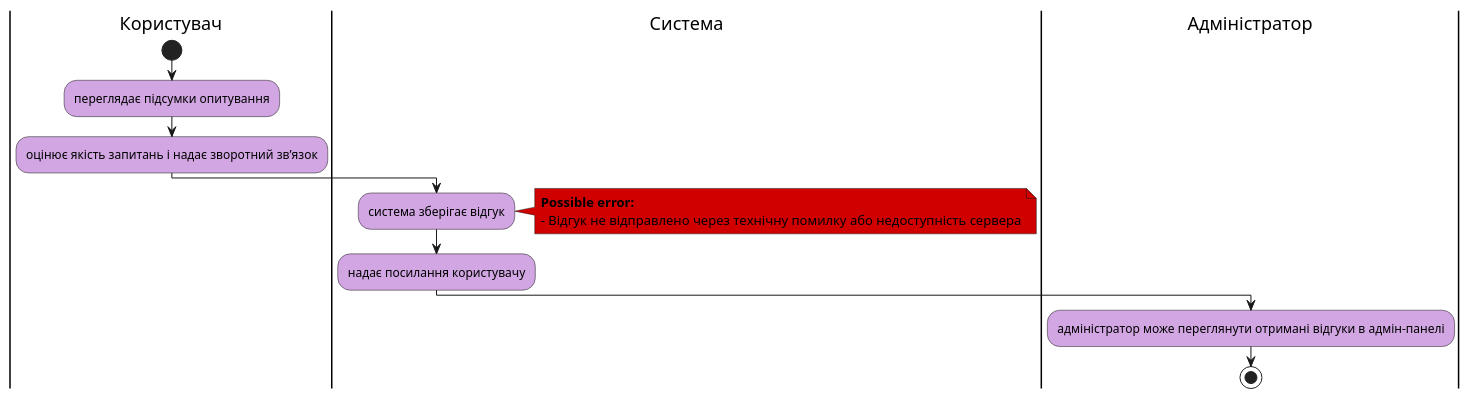
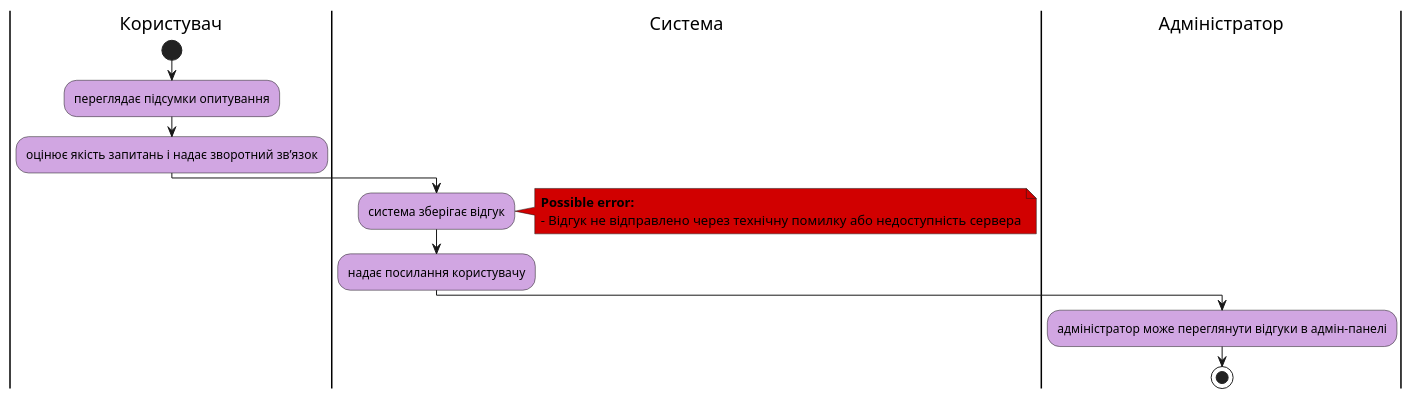
The fifth of 8 diagrams in docs/use cases/README.md (sunnytea0/db_labs_my), drawn with PlantUML before and after one commit. The commit also changed other lines of this file and 1 other file, not shown here.

Commit message:
remake_of_SurveyFeedback

```diff
--- a/docs/use cases/README.md
+++ b/docs/use cases/README.md
@@ -186,24 +186,24 @@
 @startuml
 
     skinparam ActivityBackgroundColor #d1a6e2
 
     |Користувач|
     start;
     :переглядає підсумки опитування;
     :оцінює якість запитань і надає зворотний зв’язок;
 
     |Система|
     :система зберігає відгук;
     note right #D10000
     <b>Possible error:
     - Відгук не відправлено через технічну помилку або недоступність сервера
     end note
 
     :надає посилання користувачу;
 
     |Адміністратор|
-    :адміністратор може переглянути отримані відгуки в адмін-панелі;
+    :адміністратор може переглянути відгуки в адмін-панелі;
 
     stop;
 
 @enduml
```
